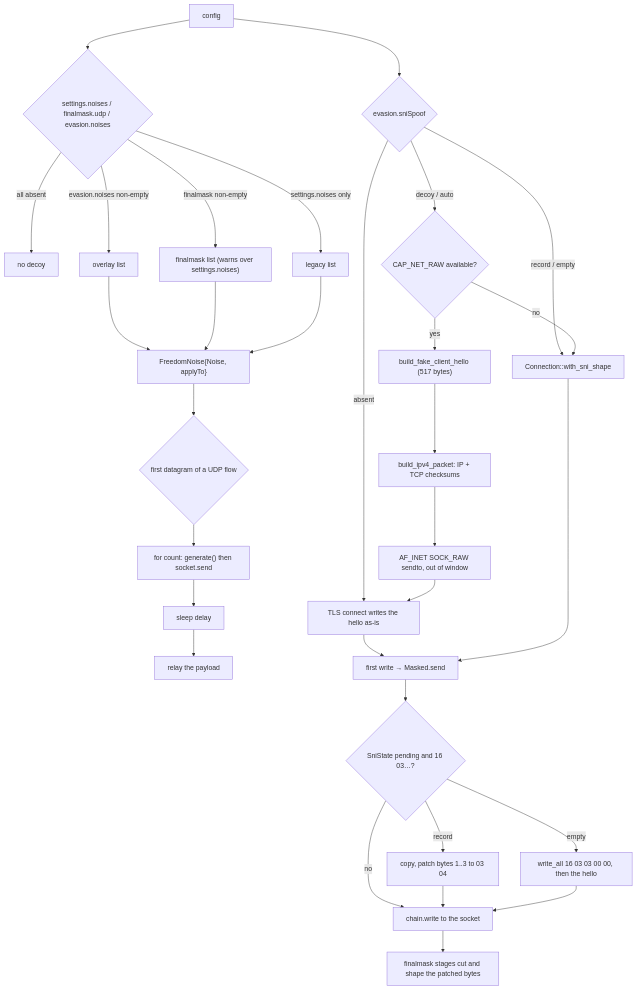
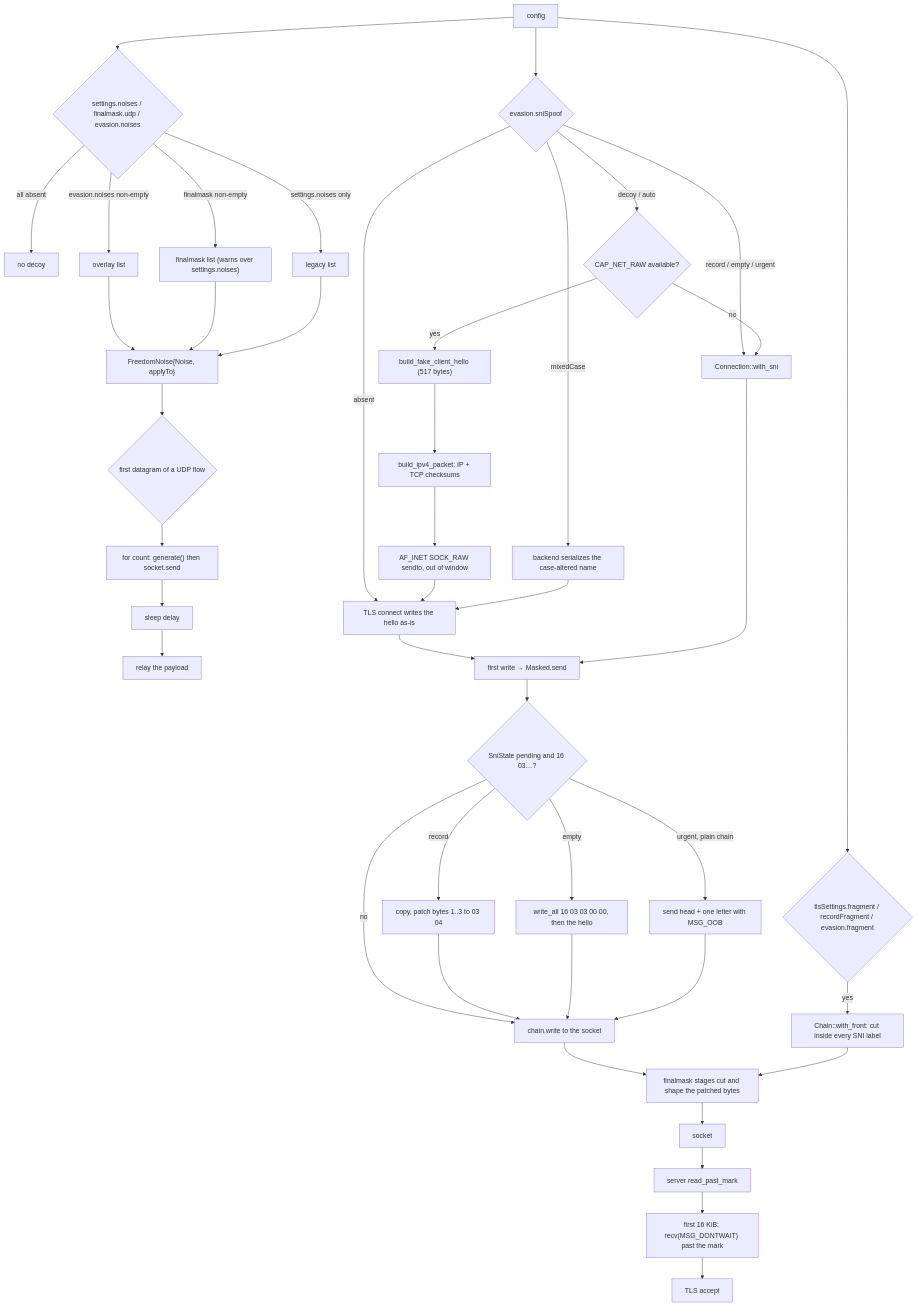
Before and after one commit to ferroxdev/ferrox: the diagram in docs/function/obfs-evasion.md, drawn with Mermaid. The commit also changed other lines of this file and 10 other files, not shown here.

First line of the commit message:
app: shape TCP/TLS evasion with fragment, urgent and mixed-case SNI (#146)

````diff
--- a/docs/function/obfs-evasion.md
+++ b/docs/function/obfs-evasion.md
@@ -62,33 +113,44 @@
 ```mermaid
 graph TD
     C["config"] --> N{"settings.noises / finalmask.udp / evasion.noises"}
     N -- "all absent" --> Z["no decoy"]
     N -- "evasion.noises non-empty" --> L["overlay list"]
     N -- "finalmask non-empty" --> M["finalmask list (warns over settings.noises)"]
     N -- "settings.noises only" --> G["legacy list"]
     L --> P["FreedomNoise{Noise, applyTo}"]
     M --> P
     G --> P
     P --> W{"first datagram of a UDP flow"}
     W --> Q["for count: generate() then socket.send"]
     Q --> D["sleep delay"]
     D --> R["relay the payload"]
     C --> S{"evasion.sniSpoof"}
     S -- absent --> H["TLS connect writes the hello as-is"]
-    S -- "record / empty" --> A["Connection::with_sni_shape"]
+    S -- "mixedCase" --> MC["backend serializes the case-altered name"]
+    S -- "record / empty / urgent" --> A["Connection::with_sni"]
     S -- "decoy / auto" --> I{"CAP_NET_RAW available?"}
     I -- yes --> J["build_fake_client_hello (517 bytes)"]
     J --> K["build_ipv4_packet: IP + TCP checksums"]
     K --> X["AF_INET SOCK_RAW sendto, out of window"]
     X --> H
     I -- no --> A
+    MC --> H
     H --> W2["first write → Masked.send"]
     A --> W2
     W2 --> SH{"SniState pending and 16 03…?"}
     SH -- record --> RV["copy, patch bytes 1..3 to 03 04"]
     SH -- empty --> ER["write_all 16 03 03 00 00, then the hello"]
+    SH -- "urgent, plain chain" --> UO["send head + one letter with MSG_OOB"]
     SH -- no --> PL["chain.write to the socket"]
     RV --> PL
     ER --> PL
+    UO --> PL
     PL --> FX["finalmask stages cut and shape the patched bytes"]
+    C --> F{"tlsSettings.fragment / recordFragment / evasion.fragment"}
+    F -- yes --> FR["Chain::with_front: cut inside every SNI label"]
+    FR --> FX
+    FX --> socket["socket"]
+    socket --> SV["server read_past_mark"]
+    SV --> DR["first 16 KiB: recv(MSG_DONTWAIT) past the mark"]
+    DR --> TL["TLS accept"]
 ```
````
